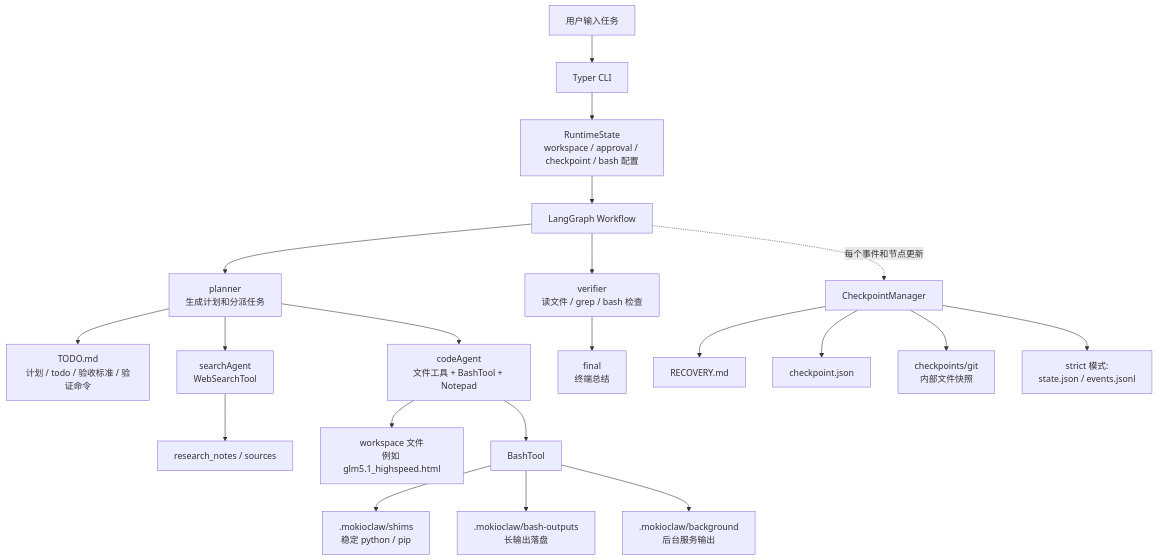
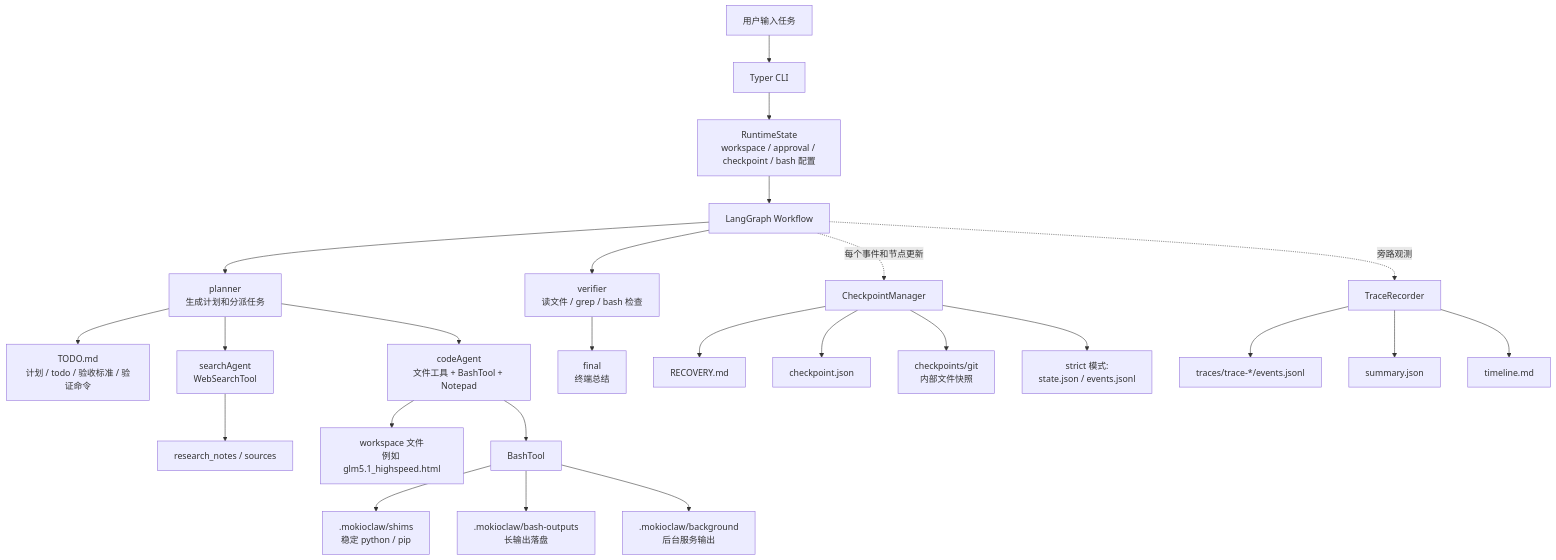
Before and after one commit to xjw2005/SiHuiFuRan-Agent: the first of 4 diagrams in docs/workspace-lifecycle.md, drawn with Mermaid. The commit also changed other lines of this file and 11 other files, not shown here.

````diff
--- a/docs/workspace-lifecycle.md
+++ b/docs/workspace-lifecycle.md
@@ -53,28 +55,33 @@
 ```mermaid
 flowchart TD
     User["用户输入任务"] --> CLI["Typer CLI"]
     CLI --> Runtime["RuntimeState<br/>workspace / approval / checkpoint / bash 配置"]
     Runtime --> Graph["LangGraph Workflow"]
 
     Graph --> Planner["planner<br/>生成计划和分派任务"]
     Planner --> Todo["TODO.md<br/>计划 / todo / 验收标准 / 验证命令"]
     Planner --> Search["searchAgent<br/>WebSearchTool"]
     Planner --> Code["codeAgent<br/>文件工具 + BashTool + Notepad"]
 
     Search --> Sources["research_notes / sources"]
     Code --> Files["workspace 文件<br/>例如 glm5.1_highspeed.html"]
     Code --> Bash["BashTool"]
 
     Bash --> Shims[".mokioclaw/shims<br/>稳定 python / pip"]
     Bash --> Outputs[".mokioclaw/bash-outputs<br/>长输出落盘"]
     Bash --> Background[".mokioclaw/background<br/>后台服务输出"]
 
     Graph --> Verifier["verifier<br/>读文件 / grep / bash 检查"]
     Verifier --> Final["final<br/>终端总结"]
 
     Graph -.每个事件和节点更新.-> Checkpoint["CheckpointManager"]
     Checkpoint --> Recovery["RECOVERY.md"]
     Checkpoint --> CheckpointJson["checkpoint.json"]
     Checkpoint --> Git["checkpoints/git<br/>内部文件快照"]
     Checkpoint --> Strict["strict 模式:<br/>state.json / events.jsonl"]
+
+    Graph -.旁路观测.-> Trace["TraceRecorder"]
+    Trace --> TraceEvents["traces/trace-*/events.jsonl"]
+    Trace --> TraceSummary["summary.json"]
+    Trace --> TraceTimeline["timeline.md"]
 ```
````
